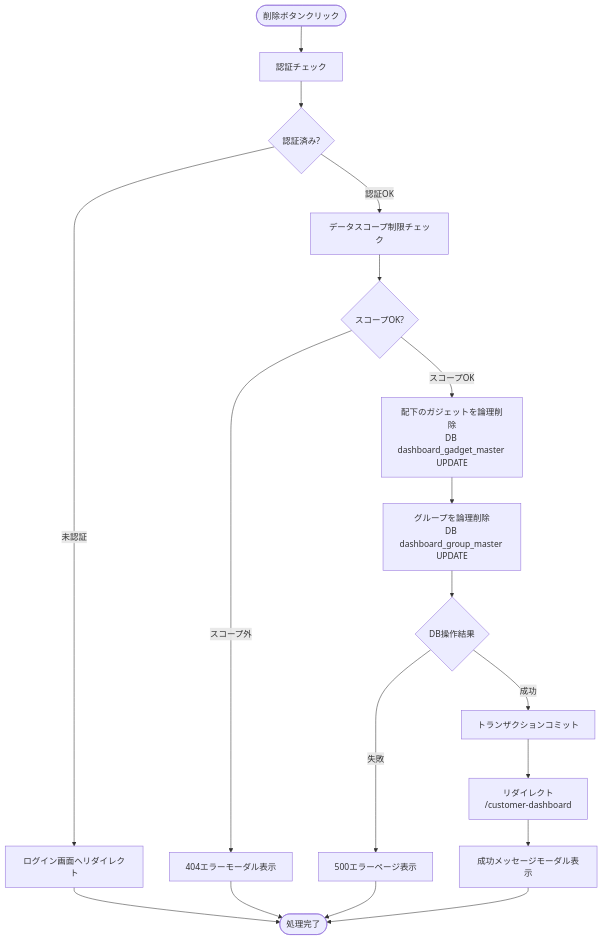
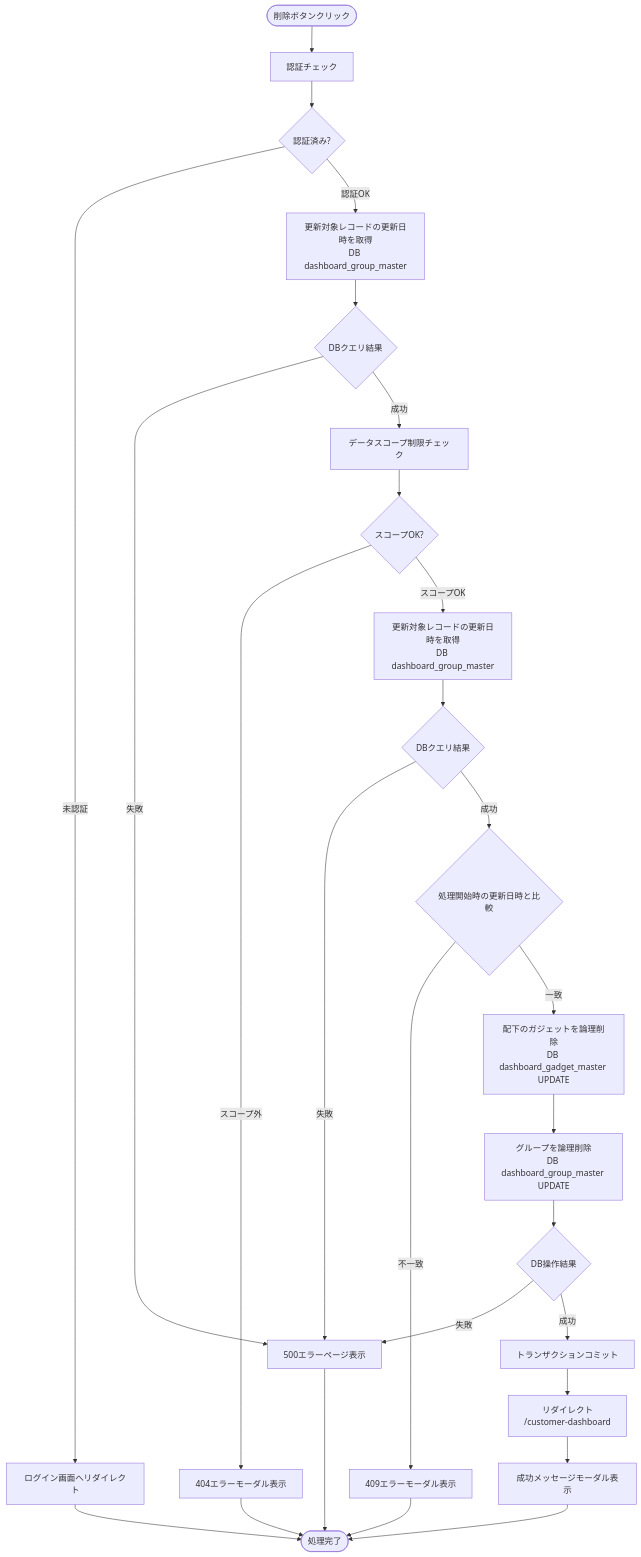
The eighth of 18 diagrams in docs/03-features/flask-app/customer-dashboard/workflow-specification.md (NSW-SVCP-AIWG002/Databricks-IoT), drawn with Mermaid before and after one commit. The commit also changed other lines of this file and 4 other files, not shown here.

````diff
--- a/docs/03-features/flask-app/customer-dashboard/workflow-specification.md
+++ b/docs/03-features/flask-app/customer-dashboard/workflow-specification.md
@@ -1488,24 +1602,36 @@
 ```mermaid
 flowchart TD
     Start([削除ボタンクリック]) --> Auth[認証チェック]
     Auth --> CheckAuth{認証済み?}
     CheckAuth -->|未認証| LoginRedirect[ログイン画面へリダイレクト]
 
-    CheckAuth -->|認証OK| Scope[データスコープ制限チェック]
+    CheckAuth -->|認証OK| UpdateDateQuery1[更新対象レコードの更新日時を取得<br>DB dashboard_group_master]
+    UpdateDateQuery1 --> CheckUpdateDateQuery1{DBクエリ結果}
+    CheckUpdateDateQuery1 -->|失敗| Error500[500エラーページ表示]
+
+    CheckUpdateDateQuery1 -->|成功| Scope[データスコープ制限チェック]
     Scope --> CheckScope{スコープOK?}
     CheckScope -->|スコープ外| Error404[404エラーモーダル表示]
 
-    CheckScope -->|スコープOK| DeleteGadgets[配下のガジェットを論理削除<br>DB dashboard_gadget_master UPDATE]
+    CheckScope -->|スコープOK| UpdateDateQuery2[更新対象レコードの更新日時を取得<br>DB dashboard_group_master]
+    UpdateDateQuery2 --> CheckUpdateDateQuery2{DBクエリ結果}
+    CheckUpdateDateQuery2 -->|失敗| Error500
+
+    CheckUpdateDateQuery2 -->|成功| ComparisonUpdateDate{処理開始時の更新日時と比較}
+    ComparisonUpdateDate -->|不一致| Error409[409エラーモーダル表示]
+
+    ComparisonUpdateDate -->|一致| DeleteGadgets[配下のガジェットを論理削除<br>DB dashboard_gadget_master UPDATE]
     DeleteGadgets --> DeleteGroup[グループを論理削除<br>DB dashboard_group_master UPDATE]
     DeleteGroup --> CheckDelete{DB操作結果}
-    CheckDelete -->|失敗| Error500[500エラーページ表示]
+    CheckDelete -->|失敗| Error500
     CheckDelete -->|成功| Commit[トランザクションコミット]
 
     Commit --> Redirect[リダイレクト<br>/customer-dashboard]
     Redirect --> 200OK[成功メッセージモーダル表示]
 
     LoginRedirect --> End([処理完了])
     200OK --> End
     Error404 --> End
+    Error409 --> End
     Error500 --> End
 ```
````
